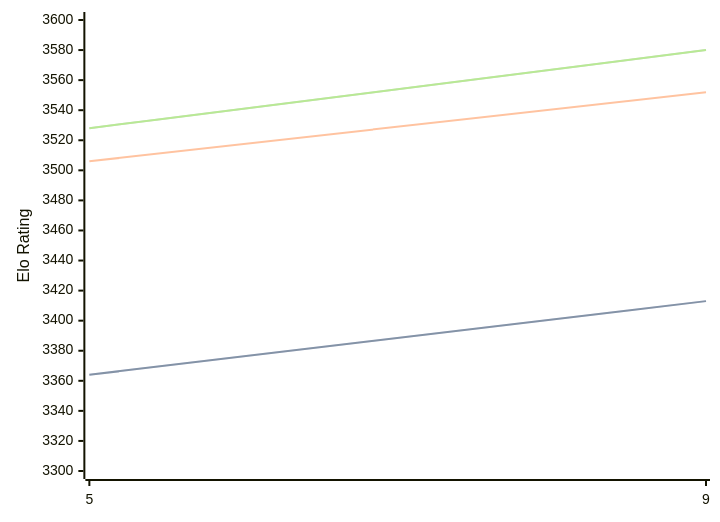
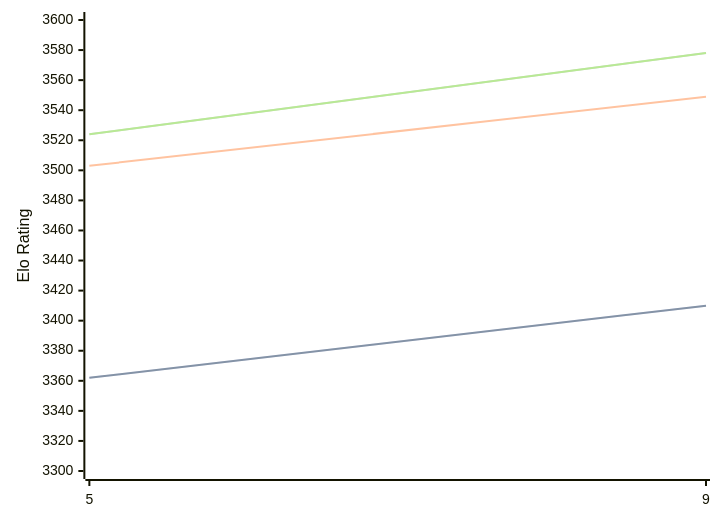
Before and after one commit to computer-chess-index/cci: the diagram in engines/Crystal.md, drawn with Mermaid. The commit also changed other lines of this file, not shown here.

Commit message:
Update CCI Ratings (ELO VLTC) - 2026-06-08

````diff
--- a/engines/Crystal.md
+++ b/engines/Crystal.md
@@ -60,11 +60,11 @@
 ```mermaid
 %%{init: {"theme":"base","themeVariables":{"seriesColors:['#a3a3a3','#222221','#faa371']}}}%%
 xychart-beta
   x-axis ["5", "9"]
   y-axis "Elo Rating" 3300 --> 3600
-  line "STC (8.0+0.08s)" [3364, 3413]
-  line "STC (8.0+0.08s)" [3364, 3413]
-  line "LTC (60.0+0.60s)" [3506, 3552]
-  line "VLTC (2m24s+1.12s)" [3528, 3580]
-  line "VLTC (2m24s+1.12s)" [3528, 3580]
+  line "STC (8.0+0.08s)" [3362, 3410]
+  line "STC (8.0+0.08s)" [3362, 3410]
+  line "LTC (60.0+0.60s)" [3503, 3549]
+  line "VLTC (2m24s+1.12s)" [3524, 3578]
+  line "VLTC (2m24s+1.12s)" [3524, 3578]
 ```
````
